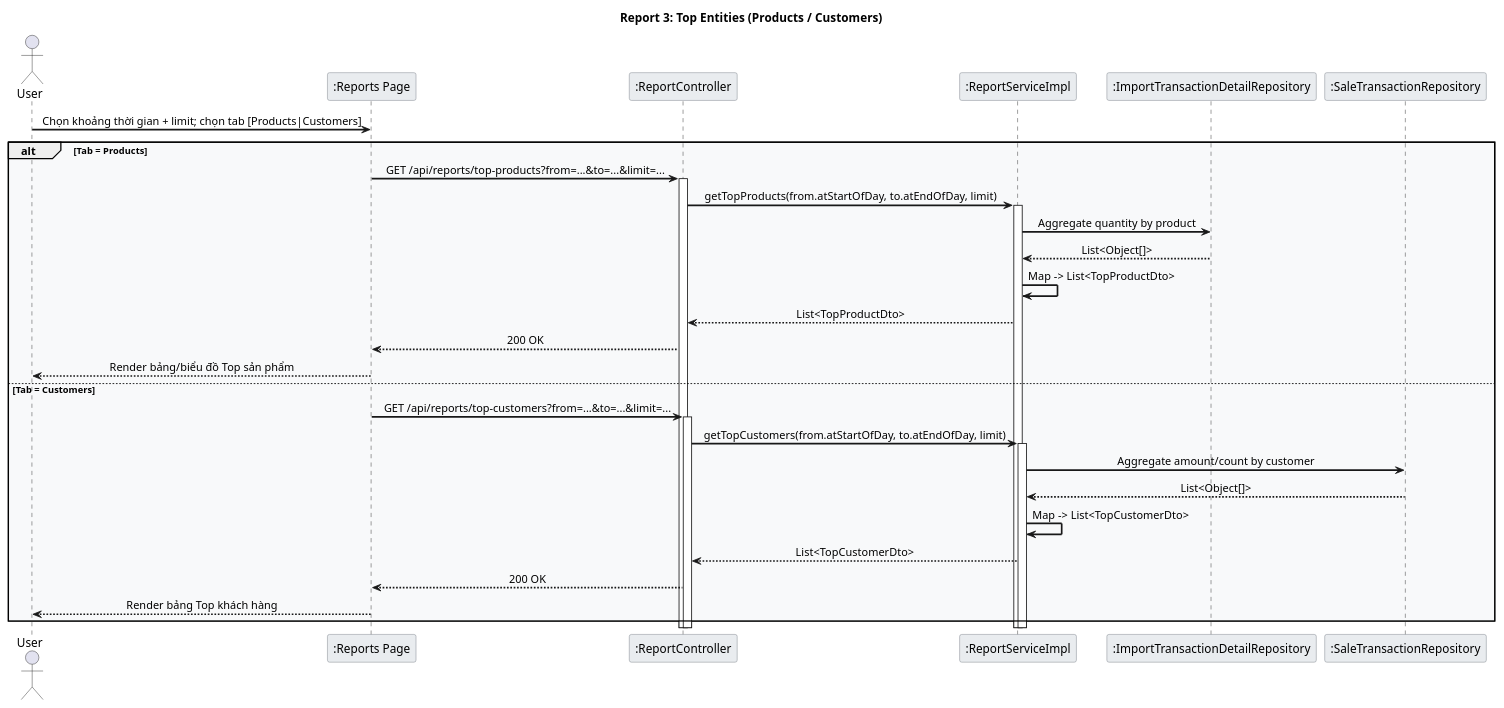
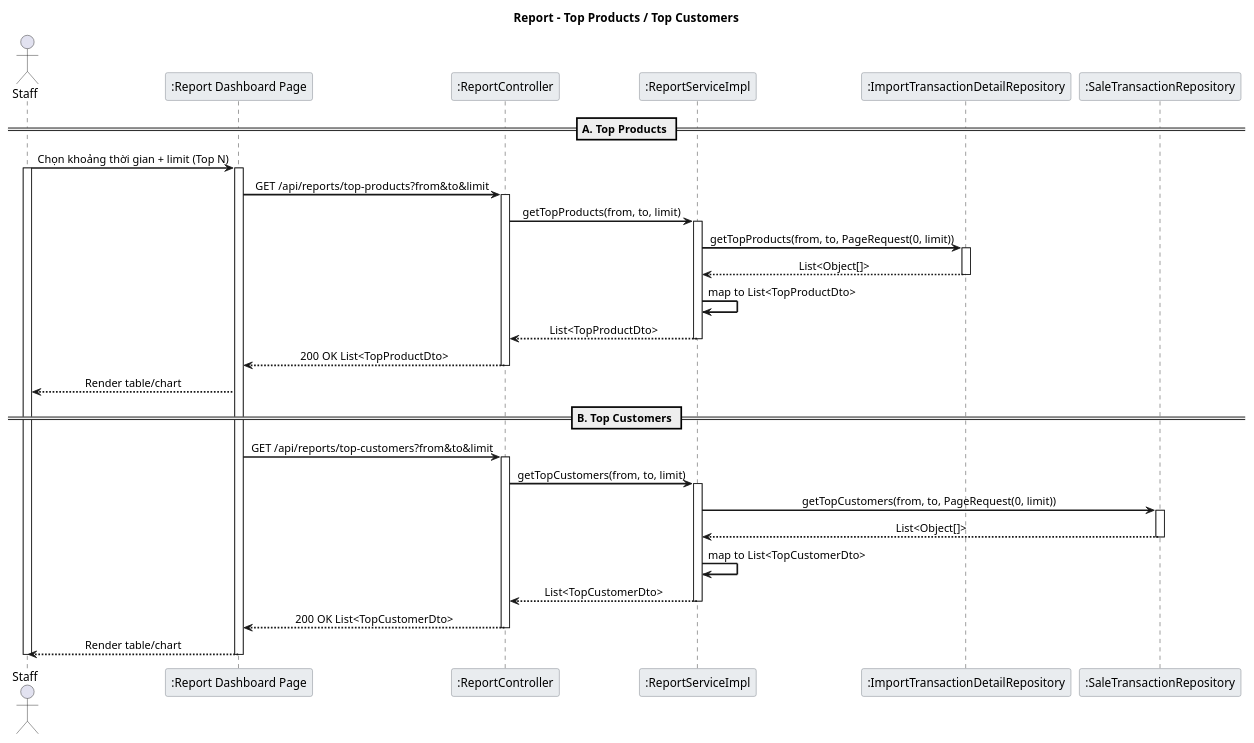
The diagram in Report_3_TopEntities_Sequence.puml (LamVNT/Farmovo), drawn with PlantUML before and after one commit. The commit also changed 20 other files, not shown here.

Commit message:
Fix Sequence diagram

```diff
--- a/Report_3_TopEntities_Sequence.puml
+++ b/Report_3_TopEntities_Sequence.puml
@@ -1,45 +1,58 @@
 @startuml Report_3_TopEntities_Sequence
 
 skinparam backgroundColor white
 skinparam sequenceArrowThickness 2
 skinparam sequenceMessageAlign center
 skinparam sequenceGroupBodyBackgroundColor #F8F9FA
 skinparam sequenceParticipantBorderColor #6C757D
 skinparam sequenceParticipantBackgroundColor #E9ECEF
 skinparam sequenceLifeLineStroke dash
 
-title Report 3: Top Entities (Products / Customers)
+title Report – Top Products / Top Customers
 
-actor User
-participant ":Reports Page" as UI
+actor Staff
+participant ":Report Dashboard Page" as UI
 participant ":ReportController" as RC
 participant ":ReportServiceImpl" as RS
 participant ":ImportTransactionDetailRepository" as DetailRepo
 participant ":SaleTransactionRepository" as SaleRepo
 
-User -> UI: Chọn khoảng thời gian + limit; chọn tab [Products|Customers]
-alt Tab = Products
-  UI -> RC: GET /api/reports/top-products?from=...&to=...&limit=...
-  activate RC
-  RC -> RS: getTopProducts(from.atStartOfDay, to.atEndOfDay, limit)
-  activate RS
-  RS -> DetailRepo: Aggregate quantity by product
-  DetailRepo --> RS: List<Object[]>
-  RS -> RS: Map -> List<TopProductDto>
-  RS --> RC: List<TopProductDto>
-  RC --> UI: 200 OK
-  UI --> User: Render bảng/biểu đồ Top sản phẩm
-else Tab = Customers
-  UI -> RC: GET /api/reports/top-customers?from=...&to=...&limit=...
-  activate RC
-  RC -> RS: getTopCustomers(from.atStartOfDay, to.atEndOfDay, limit)
-  activate RS
-  RS -> SaleRepo: Aggregate amount/count by customer
-  SaleRepo --> RS: List<Object[]>
-  RS -> RS: Map -> List<TopCustomerDto>
-  RS --> RC: List<TopCustomerDto>
-  RC --> UI: 200 OK
-  UI --> User: Render bảng Top khách hàng
-end
+== A. Top Products ==
+Staff -> UI: Chọn khoảng thời gian + limit (Top N)
+activate Staff
+activate UI
+UI -> RC: GET /api/reports/top-products?from&to&limit
+activate RC
+RC -> RS: getTopProducts(from, to, limit)
+activate RS
+RS -> DetailRepo: getTopProducts(from, to, PageRequest(0, limit))
+activate DetailRepo
+DetailRepo --> RS: List<Object[]>
+deactivate DetailRepo
+RS -> RS: map to List<TopProductDto>
+RS --> RC: List<TopProductDto>
+deactivate RS
+RC --> UI: 200 OK List<TopProductDto>
+deactivate RC
+UI --> Staff: Render table/chart
+
+== B. Top Customers ==
+UI -> RC: GET /api/reports/top-customers?from&to&limit
+activate RC
+RC -> RS: getTopCustomers(from, to, limit)
+activate RS
+RS -> SaleRepo: getTopCustomers(from, to, PageRequest(0, limit))
+activate SaleRepo
+SaleRepo --> RS: List<Object[]>
+deactivate SaleRepo
+RS -> RS: map to List<TopCustomerDto>
+RS --> RC: List<TopCustomerDto>
+deactivate RS
+RC --> UI: 200 OK List<TopCustomerDto>
+deactivate RC
+UI --> Staff: Render table/chart
+
+deactivate UI
+deactivate Staff
 
 @enduml
```
